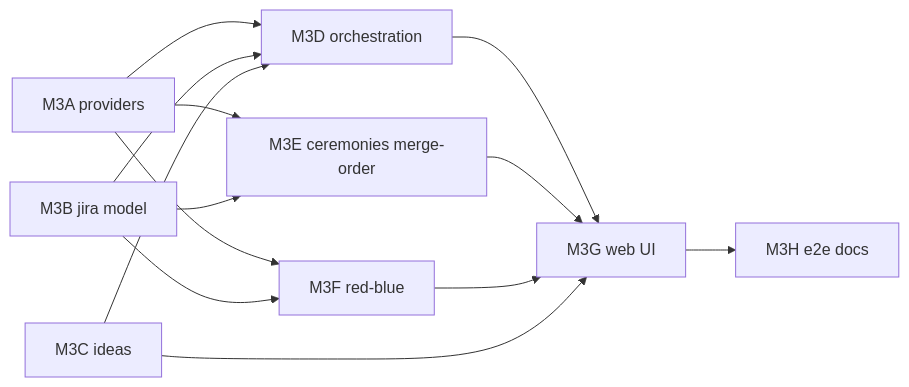
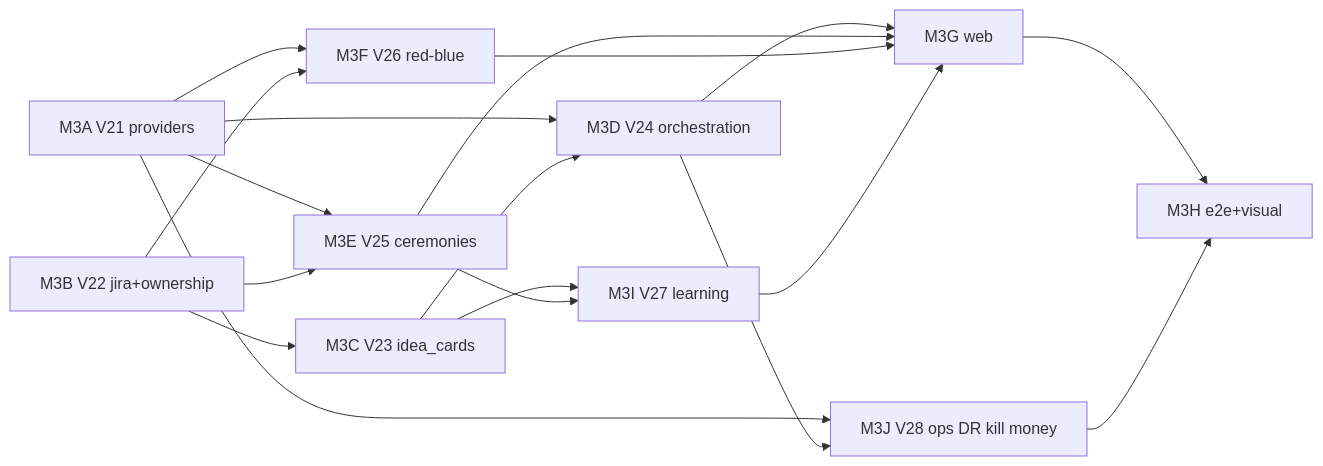
Before and after one commit to yugandharreddybana/ARIA-V1: the second of 2 diagrams in docs/milestones/M3_PLAN.md, drawn with Mermaid. The commit also changed other lines of this file and 1 other file, not shown here.

First line of the commit message:
docs(m3): address PR #12 review; add persistent code ownership

````diff
--- a/docs/milestones/M3_PLAN.md
+++ b/docs/milestones/M3_PLAN.md
@@ -586,24 +577,31 @@
 ```mermaid
 flowchart LR
-  M3A[M3A providers]
-  M3B[M3B jira model]
-  M3C[M3C ideas]
-  M3D[M3D orchestration]
-  M3E[M3E ceremonies merge-order]
-  M3F[M3F red-blue]
-  M3G[M3G web UI]
-  M3H[M3H e2e docs]
+  A[M3A V21 providers]
+  B[M3B V22 jira+ownership]
+  C[M3C V23 idea_cards]
+  D[M3D V24 orchestration]
+  E[M3E V25 ceremonies]
+  F[M3F V26 red-blue]
+  I[M3I V27 learning]
+  J[M3J V28 ops DR kill money]
+  G[M3G web]
+  H[M3H e2e+visual]
 
-  M3A --> M3D
-  M3B --> M3D
-  M3C --> M3D
-  M3A --> M3E
-  M3B --> M3E
-  M3A --> M3F
-  M3B --> M3F
-  M3D --> M3G
-  M3E --> M3G
-  M3F --> M3G
-  M3C --> M3G
-  M3G --> M3H
+  A --> D
+  B --> C
+  C --> D
+  A --> E
+  B --> E
+  A --> F
+  B --> F
+  D --> G
+  E --> G
+  F --> G
+  I --> G
+  C --> I
+  E --> I
+  A --> J
+  D --> J
+  G --> H
+  J --> H
 ```
````
